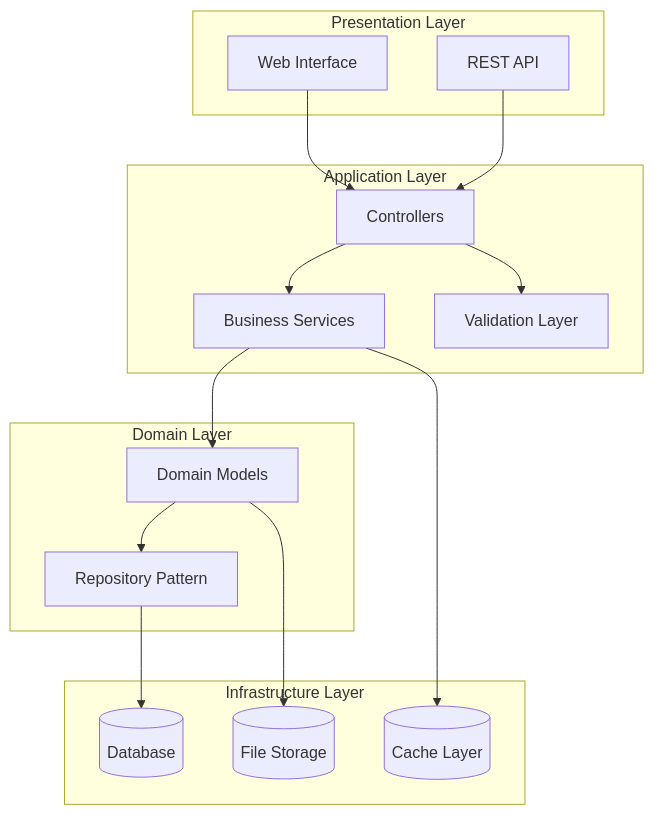
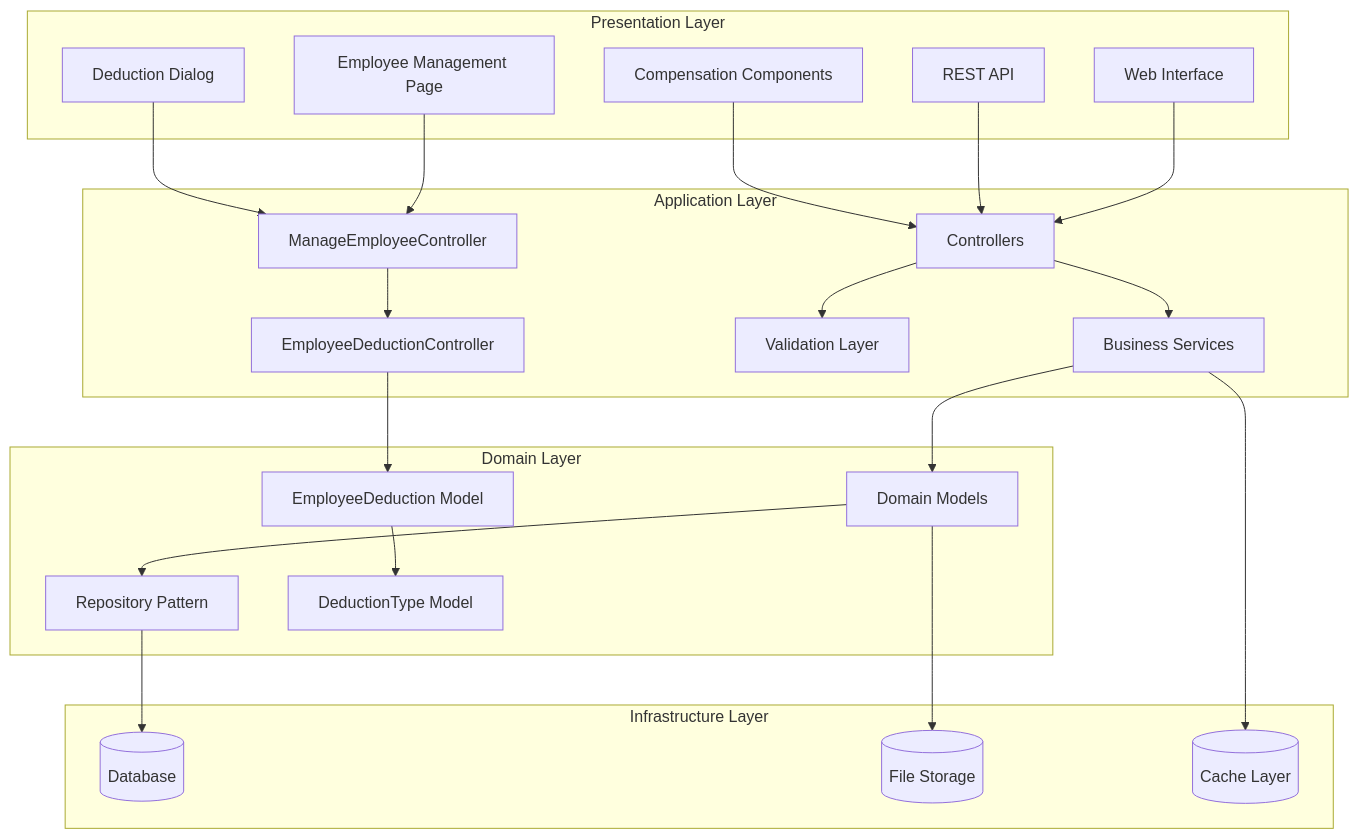
One commit to vincet0t15/template changed the second of 11 diagrams in .qoder/repowiki/en/content/Employee Management/Employee Compensation Management.md. Above: the diagram before and after it, drawn with Mermaid. The commit also changed other lines of this file and 13 other files, not shown here.

````diff
--- a/.qoder/repowiki/en/content/Employee Management/Employee Compensation Management.md
+++ b/.qoder/repowiki/en/content/Employee Management/Employee Compensation Management.md
@@ -124,30 +146,43 @@
 ```mermaid
 graph TD
 subgraph "Presentation Layer"
 WebUI[Web Interface]
 API[REST API]
+EmployeeManage[Employee Management Page]
+Compensation[Compensation Components]
+DeductionDialog[Deduction Dialog]
 end
 subgraph "Application Layer"
 Controllers[Controllers]
 Services[Business Services]
 Validators[Validation Layer]
+ManageController[ManageEmployeeController]
+DeductionController[EmployeeDeductionController]
 end
 subgraph "Domain Layer"
 Models[Domain Models]
 Repositories[Repository Pattern]
+EmployeeDeduction[EmployeeDeduction Model]
+DeductionType[DeductionType Model]
 end
 subgraph "Infrastructure Layer"
 Database[(Database)]
 Storage[(File Storage)]
 Cache[(Cache Layer)]
 end
 WebUI --> Controllers
 API --> Controllers
+EmployeeManage --> ManageController
+Compensation --> Controllers
+DeductionDialog --> ManageController
+ManageController --> DeductionController
+DeductionController --> EmployeeDeduction
+EmployeeDeduction --> DeductionType
 Controllers --> Services
 Services --> Models
 Models --> Repositories
 Repositories --> Database
 Models --> Storage
 Services --> Cache
 Controllers --> Validators
 ```
````
